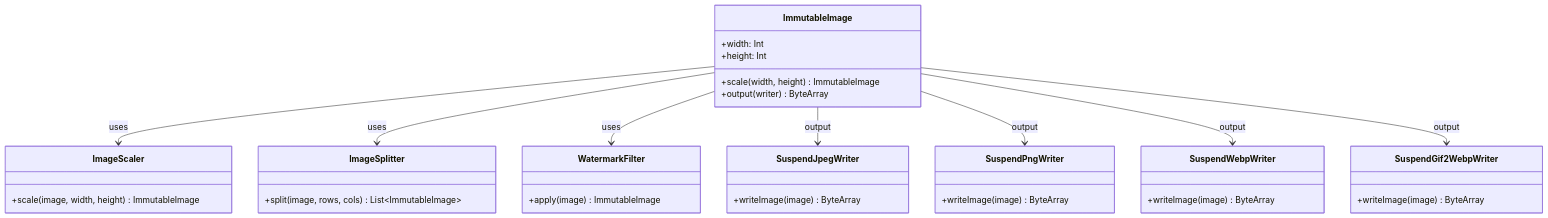
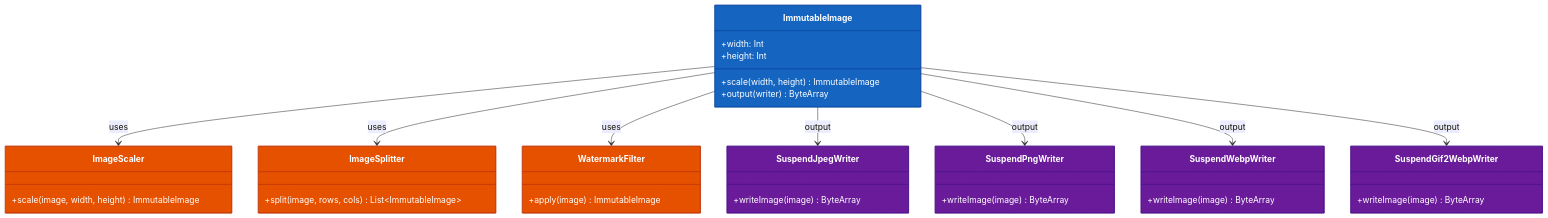
The second of 2 diagrams in utils/images/README.md (bluetape4k/bluetape4k-projects), drawn with Mermaid before and after one commit. The commit also changed other lines of this file and 221 other files, not shown here.

First line of the commit message:
docs: 전체 모듈 README UML 다이어그램 보강 및 색상 업그레이드

````diff
--- a/utils/images/README.md
+++ b/utils/images/README.md
@@ -47,38 +59,47 @@
 ```mermaid
 classDiagram
     class ImmutableImage {
         +width: Int
         +height: Int
         +scale(width, height) ImmutableImage
         +output(writer) ByteArray
     }
     class ImageScaler {
         +scale(image, width, height) ImmutableImage
     }
     class ImageSplitter {
         +split(image, rows, cols) List~ImmutableImage~
     }
     class WatermarkFilter {
         +apply(image) ImmutableImage
     }
     class SuspendJpegWriter {
         +writeImage(image) ByteArray
     }
     class SuspendPngWriter {
         +writeImage(image) ByteArray
     }
     class SuspendWebpWriter {
         +writeImage(image) ByteArray
     }
     class SuspendGif2WebpWriter {
         +writeImage(image) ByteArray
     }
 
     ImmutableImage --> ImageScaler : uses
     ImmutableImage --> ImageSplitter : uses
     ImmutableImage --> WatermarkFilter : uses
     ImmutableImage --> SuspendJpegWriter : output
     ImmutableImage --> SuspendPngWriter : output
     ImmutableImage --> SuspendWebpWriter : output
     ImmutableImage --> SuspendGif2WebpWriter : output
+
+    style ImmutableImage fill:#1565C0,stroke:#0D47A1,color:#FFFFFF
+    style ImageScaler fill:#E65100,stroke:#BF360C,color:#FFFFFF
+    style ImageSplitter fill:#E65100,stroke:#BF360C,color:#FFFFFF
+    style WatermarkFilter fill:#E65100,stroke:#BF360C,color:#FFFFFF
+    style SuspendJpegWriter fill:#6A1B9A,stroke:#4A148C,color:#FFFFFF
+    style SuspendPngWriter fill:#6A1B9A,stroke:#4A148C,color:#FFFFFF
+    style SuspendWebpWriter fill:#6A1B9A,stroke:#4A148C,color:#FFFFFF
+    style SuspendGif2WebpWriter fill:#6A1B9A,stroke:#4A148C,color:#FFFFFF
 ```
````
